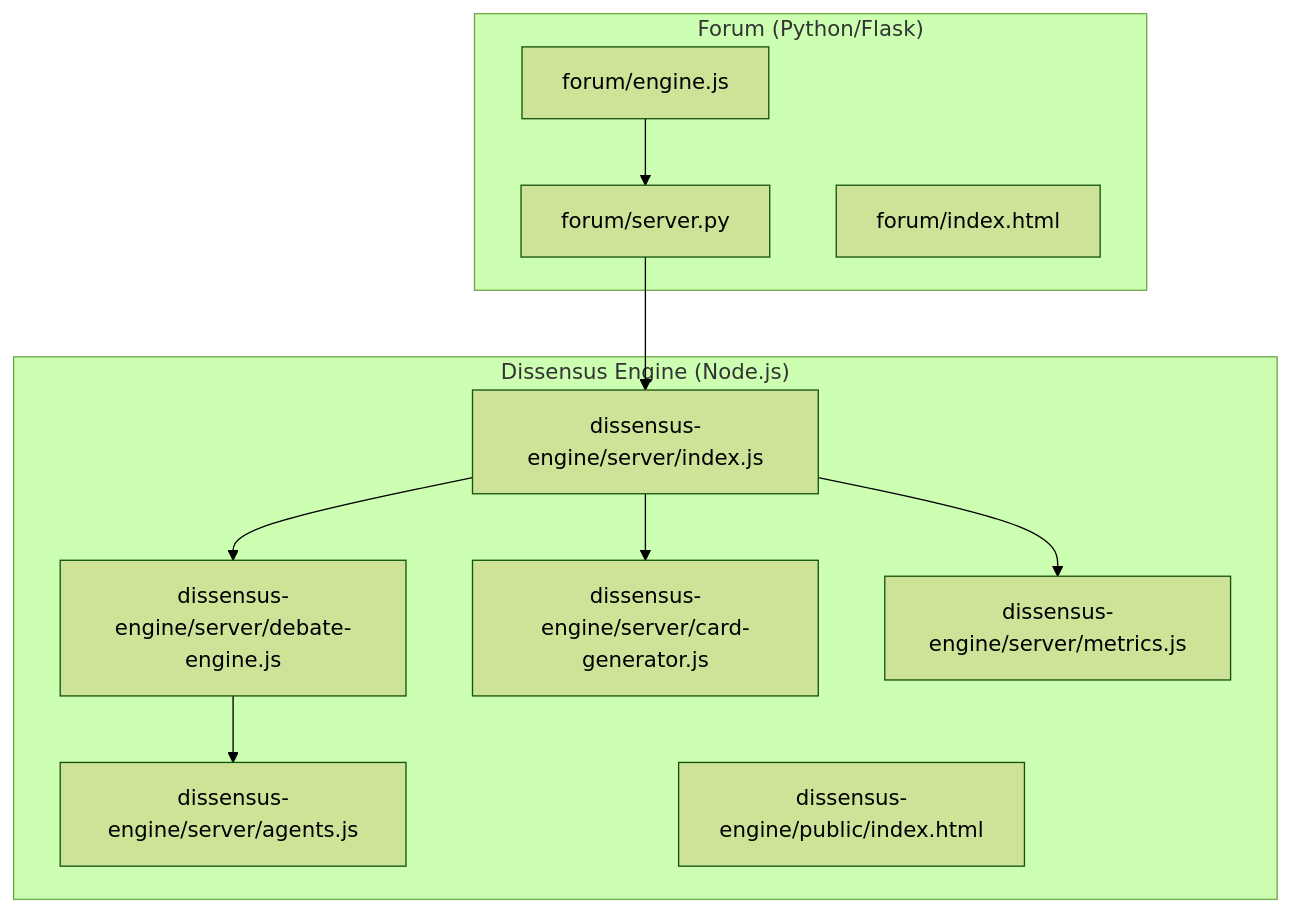
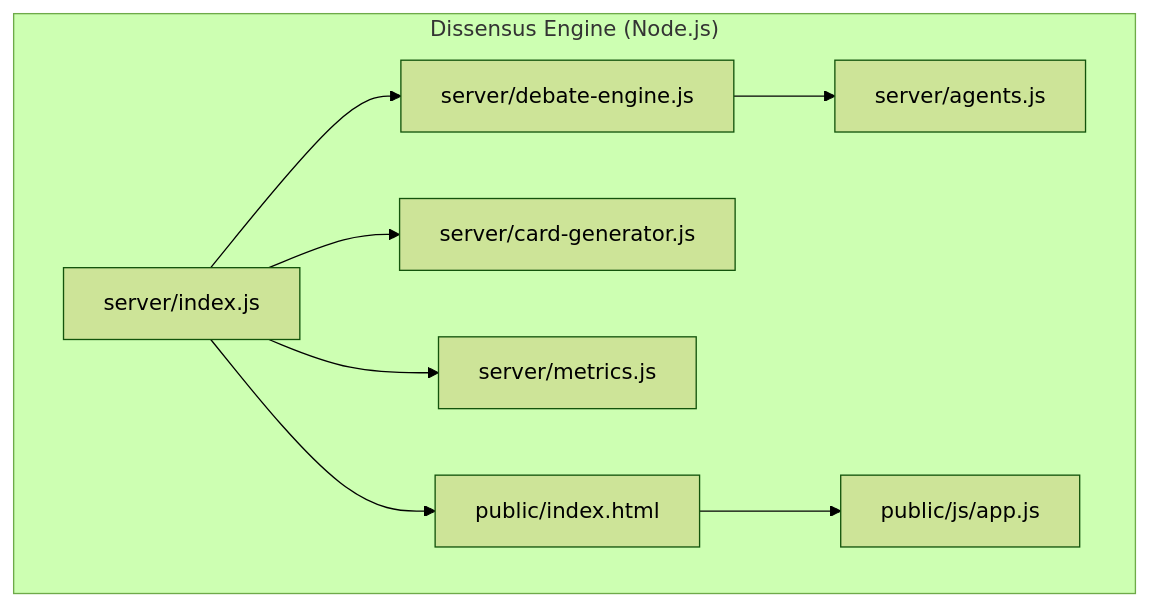
Before and after one commit to RunTimeAdmin/tri-ai: the first of 5 diagrams in .qoder/repowiki/en/content/Research & Discussion Platform/Research & Discussion Platform.md, drawn with Mermaid (forest theme). The commit also changed other lines of this file and 21 other files, not shown here.

````diff
--- a/.qoder/repowiki/en/content/Research & Discussion Platform/Research & Discussion Platform.md
+++ b/.qoder/repowiki/en/content/Research & Discussion Platform/Research & Discussion Platform.md
@@ -39,22 +46,18 @@
 ```mermaid
 graph TB
-subgraph "Forum (Python/Flask)"
-F_Server["forum/server.py"]
-F_Index["forum/index.html"]
-F_Engine["forum/engine.js"]
+subgraph "Dissensus Engine (Node.js)"
+N_Index["server/index.js"]
+N_Debate["server/debate-engine.js"]
+N_Agents["server/agents.js"]
+N_Card["server/card-generator.js"]
+N_Metrics["server/metrics.js"]
+N_Public["public/index.html"]
+N_App["public/js/app.js"]
 end
-subgraph "Dissensus Engine (Node.js)"
-N_Index["dissensus-engine/server/index.js"]
-N_Debate["dissensus-engine/server/debate-engine.js"]
-N_Agents["dissensus-engine/server/agents.js"]
-N_Card["dissensus-engine/server/card-generator.js"]
-N_Metrics["dissensus-engine/server/metrics.js"]
-N_Public["dissensus-engine/public/index.html"]
-end
-F_Engine --> F_Server
-F_Server --> N_Index
 N_Index --> N_Debate
 N_Debate --> N_Agents
 N_Index --> N_Card
 N_Index --> N_Metrics
+N_Index --> N_Public
+N_Public --> N_App
 ```
````
